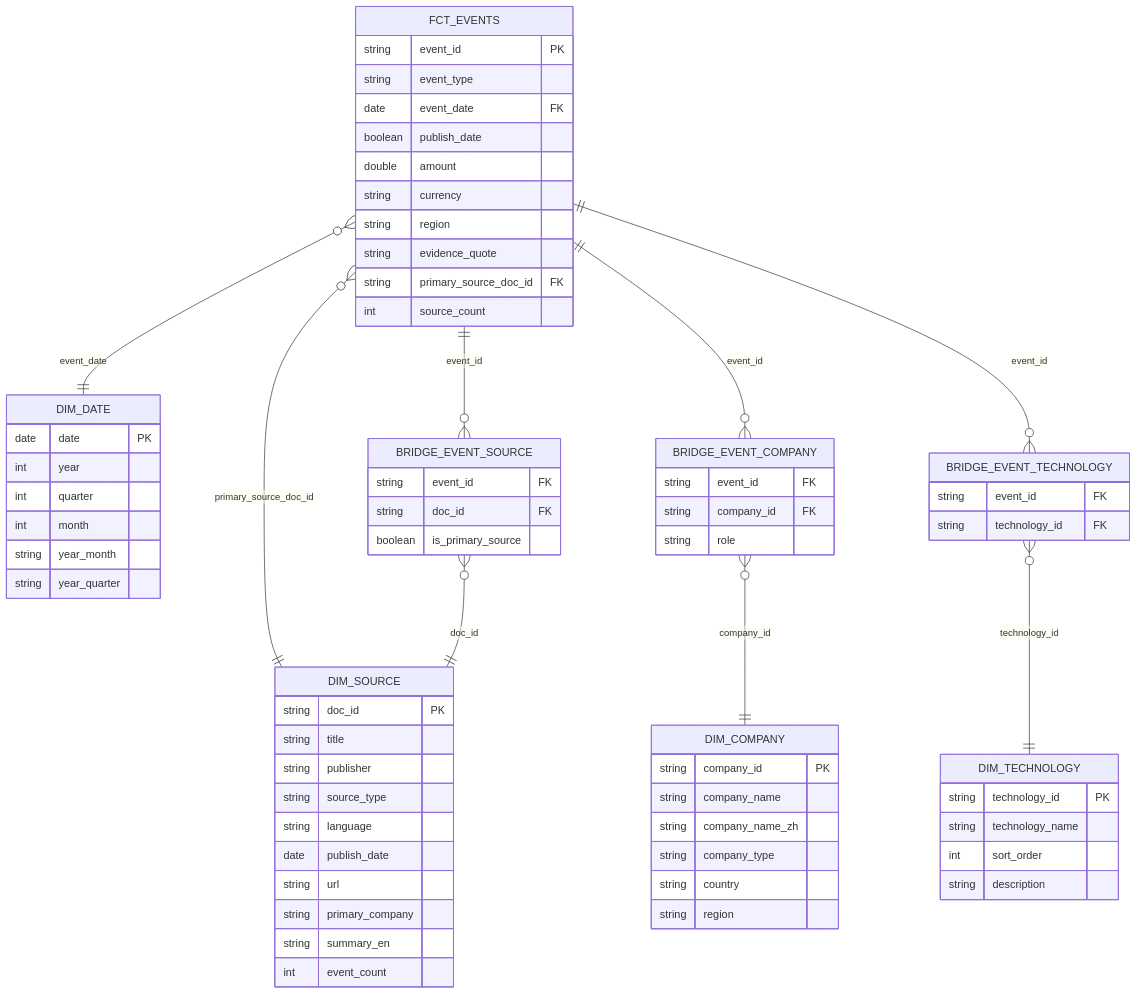
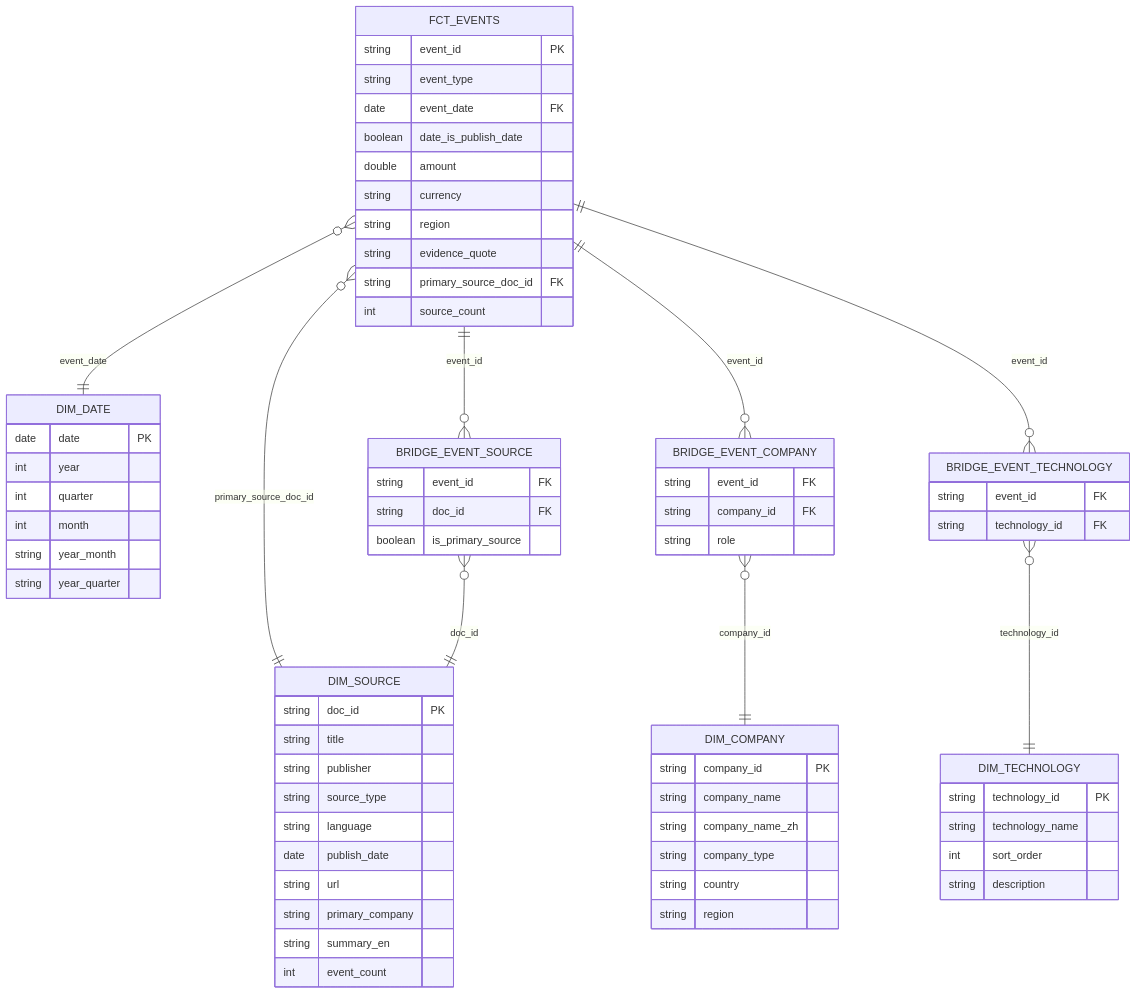
Before and after one commit to FelixFelicis7/Humanoid-Robotics-Market-Intelligence-Pipeline: the diagram in README.md, drawn with Mermaid. The commit also changed other lines of this file and 7 other files, not shown here.

Commit message:
feat(silver): make translation incremental; rename publish_date flag

````diff
--- a/README.md
+++ b/README.md
@@ -48,72 +48,72 @@
 ```mermaid
 erDiagram
     FCT_EVENTS }o--|| DIM_DATE : "event_date"
     FCT_EVENTS }o--|| DIM_SOURCE : "primary_source_doc_id"
     FCT_EVENTS ||--o{ BRIDGE_EVENT_COMPANY : "event_id"
     BRIDGE_EVENT_COMPANY }o--|| DIM_COMPANY : "company_id"
     FCT_EVENTS ||--o{ BRIDGE_EVENT_TECHNOLOGY : "event_id"
     BRIDGE_EVENT_TECHNOLOGY }o--|| DIM_TECHNOLOGY : "technology_id"
     FCT_EVENTS ||--o{ BRIDGE_EVENT_SOURCE : "event_id"
     BRIDGE_EVENT_SOURCE }o--|| DIM_SOURCE : "doc_id"
 
     FCT_EVENTS {
         string event_id PK
         string event_type
         date event_date FK
-        boolean publish_date
+        boolean date_is_publish_date
         double amount
         string currency
         string region
         string evidence_quote
         string primary_source_doc_id FK
         int source_count
     }
     DIM_DATE {
         date date PK
         int year
         int quarter
         int month
         string year_month
         string year_quarter
     }
     DIM_SOURCE {
         string doc_id PK
         string title
         string publisher
         string source_type
         string language
         date publish_date
         string url
         string primary_company
         string summary_en
         int event_count
     }
     DIM_COMPANY {
         string company_id PK
         string company_name
         string company_name_zh
         string company_type
         string country
         string region
     }
     DIM_TECHNOLOGY {
         string technology_id PK
         string technology_name
         int sort_order
         string description
     }
     BRIDGE_EVENT_COMPANY {
         string event_id FK
         string company_id FK
         string role
     }
     BRIDGE_EVENT_TECHNOLOGY {
         string event_id FK
         string technology_id FK
     }
     BRIDGE_EVENT_SOURCE {
         string event_id FK
         string doc_id FK
         boolean is_primary_source
     }
 ```
````
